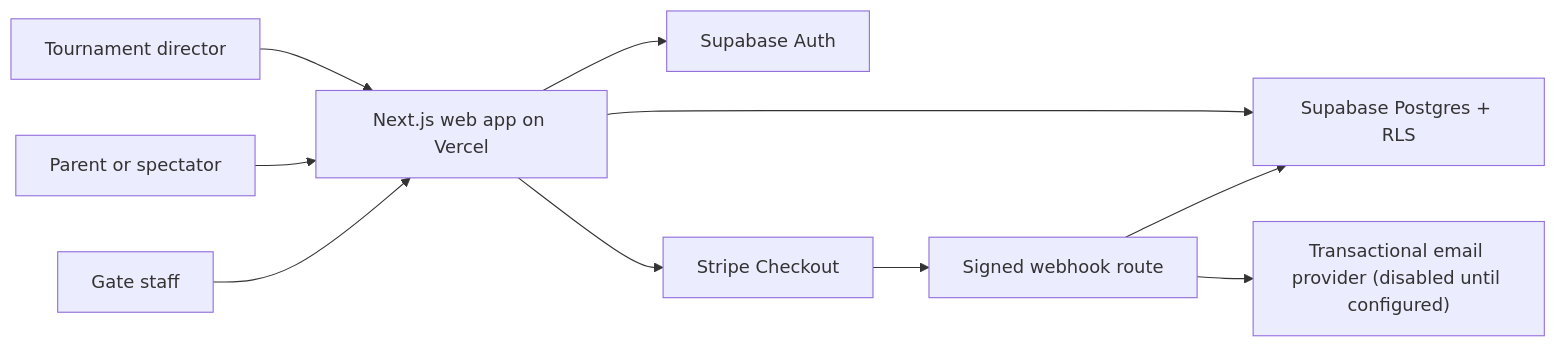
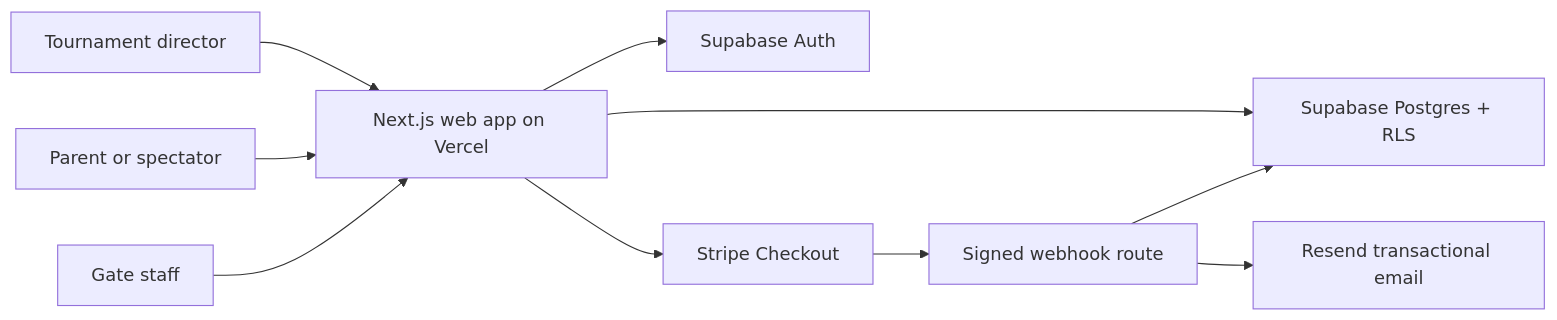
Before and after one commit to LukeShew/tournibase-web-app: the diagram in docs/mvp-architecture.md, drawn with Mermaid. The commit also changed other lines of this file and 14 other files, not shown here.

````diff
--- a/docs/mvp-architecture.md
+++ b/docs/mvp-architecture.md
@@ -7,12 +7,12 @@
 ```mermaid
 flowchart LR
   Director["Tournament director"] --> Web["Next.js web app on Vercel"]
   Buyer["Parent or spectator"] --> Web
   Staff["Gate staff"] --> Web
   Web --> Auth["Supabase Auth"]
   Web --> DB["Supabase Postgres + RLS"]
   Web --> Stripe["Stripe Checkout"]
   Stripe --> Webhook["Signed webhook route"]
   Webhook --> DB
-  Webhook --> Email["Transactional email provider (disabled until configured)"]
+  Webhook --> Email["Resend transactional email"]
 ```
````
